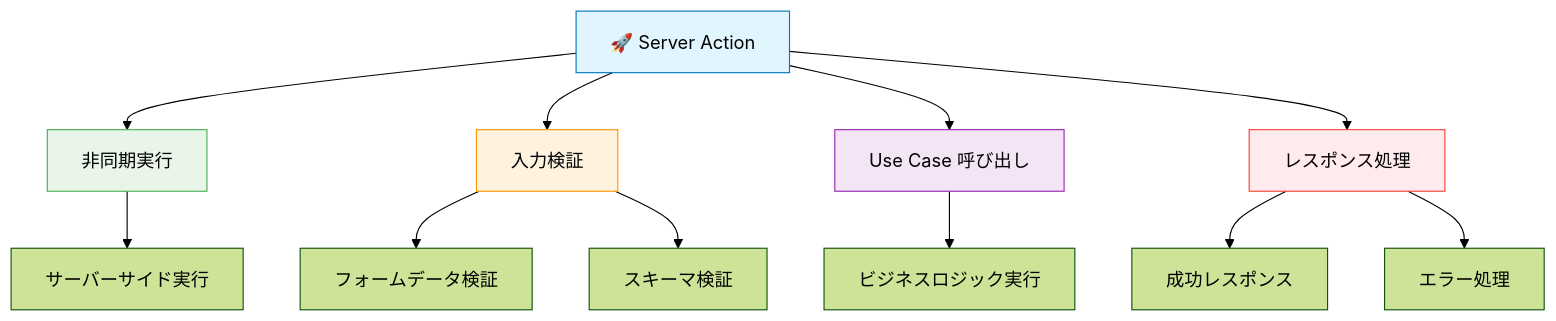
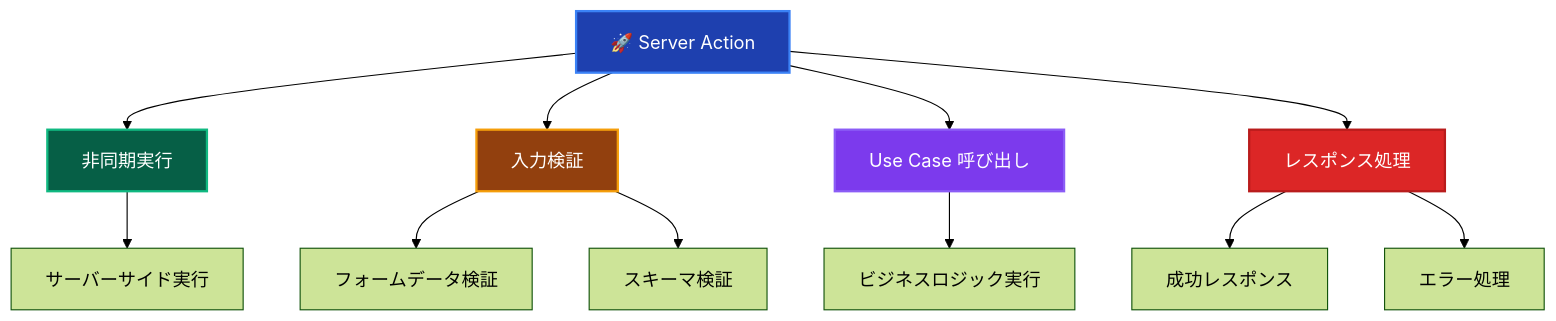
The first of 4 diagrams in _DOCS/guides/ddd/layers/components/server-actions.md (derushio/d-next-ddd-example), drawn with Mermaid (forest theme) before and after one commit. The commit also changed other lines of this file and 31 other files, not shown here.

Commit message:
🎨: DOCSのMermaid図表カラーテーマを暗色に統一し視認性を向上

````diff
--- a/_DOCS/guides/ddd/layers/components/server-actions.md
+++ b/_DOCS/guides/ddd/layers/components/server-actions.md
@@ -13,20 +13,20 @@
 ```mermaid
 graph TD
     SA[🚀 Server Action] --> ASYNC[非同期実行]
     SA --> VALIDATION[入力検証]
     SA --> USECASE[Use Case 呼び出し]
     SA --> RESPONSE[レスポンス処理]
     
     ASYNC --> SERVER_SIDE[サーバーサイド実行]
     VALIDATION --> FORM_DATA[フォームデータ検証]
     VALIDATION --> SCHEMA[スキーマ検証]
     USECASE --> BUSINESS_LOGIC[ビジネスロジック実行]
     RESPONSE --> SUCCESS[成功レスポンス]
     RESPONSE --> ERROR[エラー処理]
     
-    style SA fill:#e1f5fe,stroke:#0277bd
-    style ASYNC fill:#e8f5e8,stroke:#4caf50
-    style VALIDATION fill:#fff3e0,stroke:#ff9800
-    style USECASE fill:#f3e5f5,stroke:#9c27b0
-    style RESPONSE fill:#ffebee,stroke:#f44336
+    style SA fill:#1e40af,stroke:#3b82f6,stroke-width:2px,color:#ffffff
+    style ASYNC fill:#065f46,stroke:#10b981,stroke-width:2px,color:#ffffff
+    style VALIDATION fill:#92400e,stroke:#f59e0b,stroke-width:2px,color:#ffffff
+    style USECASE fill:#7c3aed,stroke:#8b5cf6,stroke-width:2px,color:#ffffff
+    style RESPONSE fill:#dc2626,stroke:#b91c1c,stroke-width:2px,color:#ffffff
 ```
````
